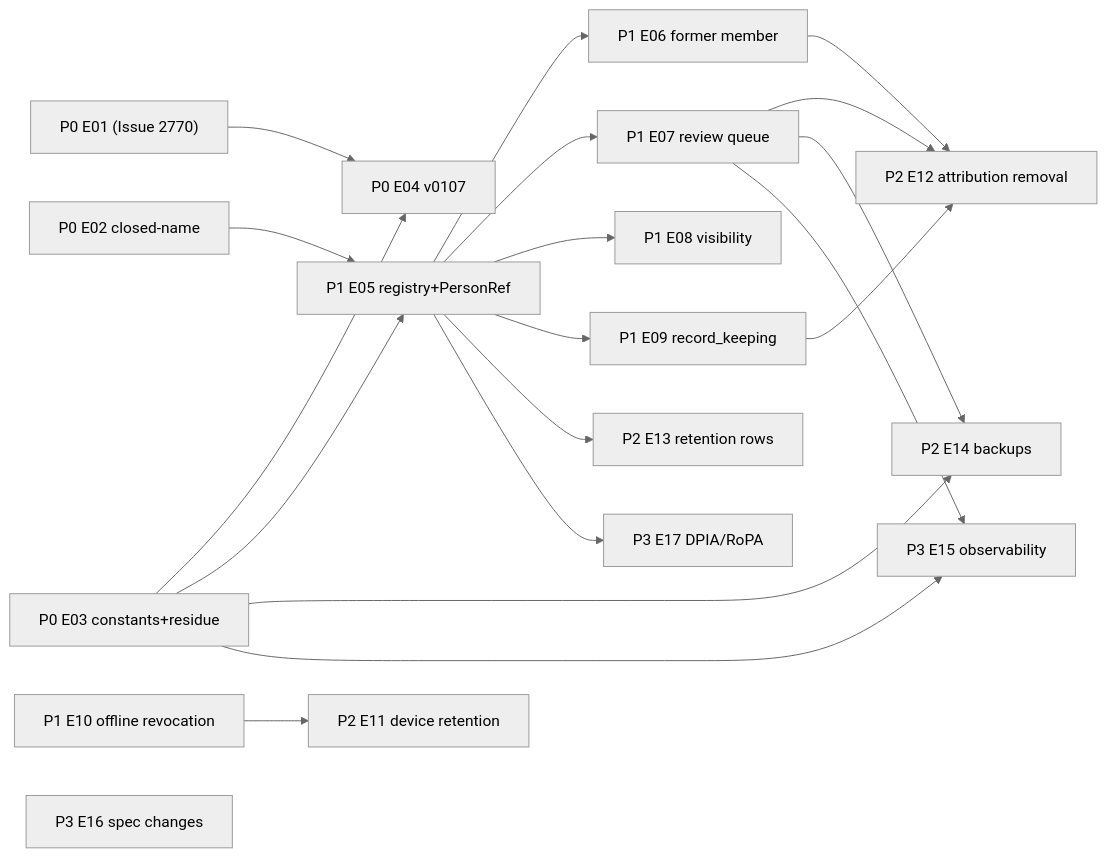
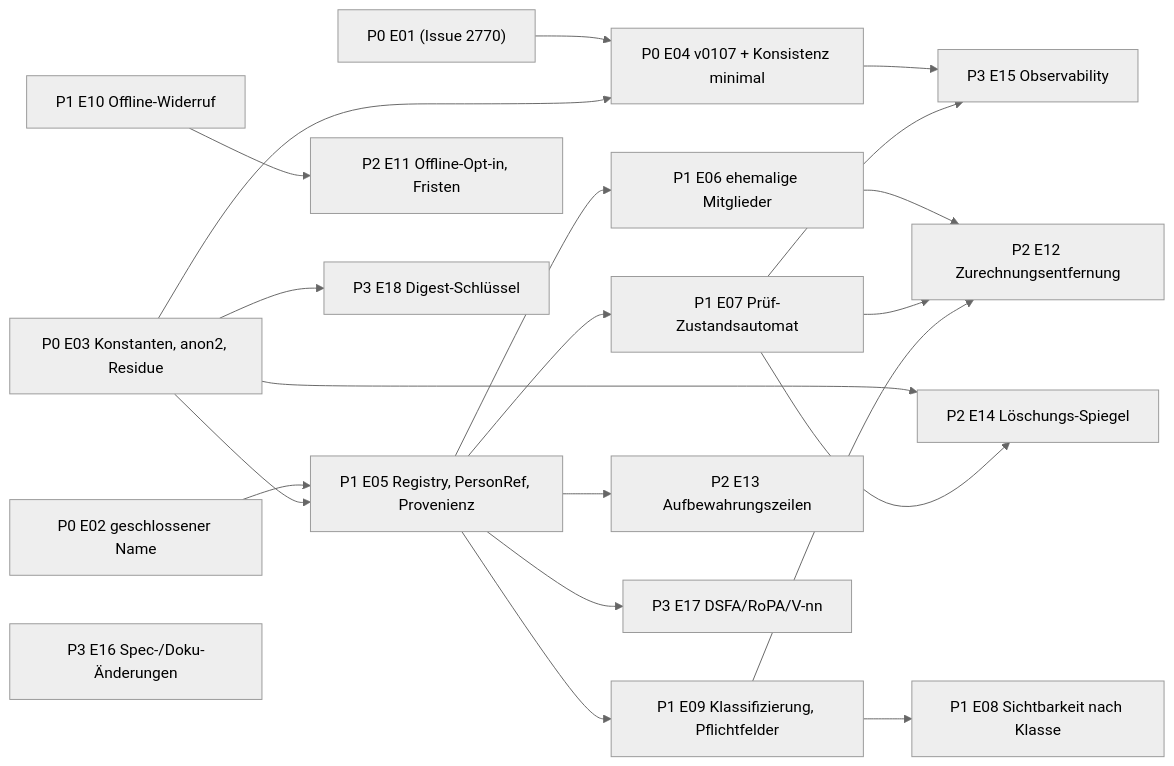
Before and after one commit to nolte/kamerplanter: the diagram in spec/privacy/12-implementation-roadmap.md, drawn with Mermaid (neutral theme). The commit also changed other lines of this file and 16 other files, not shown here.

````diff
--- a/spec/privacy/12-implementation-roadmap.md
+++ b/spec/privacy/12-implementation-roadmap.md
@@ -292,22 +147,23 @@
 ```mermaid
 flowchart LR
-    E01["P0 E01 (Issue 2770)"] --> E04["P0 E04 v0107"]
-    E03["P0 E03 constants+residue"] --> E04
-    E02["P0 E02 closed-name"] --> E05
-    E03 --> E05["P1 E05 registry+PersonRef"]
-    E05 --> E06["P1 E06 former member"]
-    E05 --> E07["P1 E07 review queue"]
-    E05 --> E08["P1 E08 visibility"]
-    E05 --> E09["P1 E09 record_keeping"]
-    E10["P1 E10 offline revocation"] --> E11["P2 E11 device retention"]
-    E06 --> E12["P2 E12 attribution removal"]
+    E01["P0 E01 (Issue 2770)"] --> E04["P0 E04 v0107 + Konsistenz minimal"]
+    E03["P0 E03 Konstanten, anon2, Residue"] --> E04
+    E02["P0 E02 geschlossener Name"] --> E05
+    E03 --> E05["P1 E05 Registry, PersonRef, Provenienz"]
+    E05 --> E06["P1 E06 ehemalige Mitglieder"]
+    E05 --> E07["P1 E07 Prüf-Zustandsautomat"]
+    E05 --> E09["P1 E09 Klassifizierung, Pflichtfelder"]
+    E09 --> E08["P1 E08 Sichtbarkeit nach Klasse"]
+    E10["P1 E10 Offline-Widerruf"] --> E11["P2 E11 Offline-Opt-in, Fristen"]
+    E06 --> E12["P2 E12 Zurechnungsentfernung"]
     E07 --> E12
     E09 --> E12
-    E05 --> E13["P2 E13 retention rows"]
-    E03 --> E14["P2 E14 backups"]
+    E05 --> E13["P2 E13 Aufbewahrungszeilen"]
+    E03 --> E14["P2 E14 Löschungs-Spiegel"]
     E07 --> E14
-    E03 --> E15["P3 E15 observability"]
+    E04 --> E15["P3 E15 Observability"]
     E07 --> E15
-    E05 --> E17["P3 E17 DPIA/RoPA"]
-    E16["P3 E16 spec changes"]
+    E05 --> E17["P3 E17 DSFA/RoPA/V-nn"]
+    E03 --> E18["P3 E18 Digest-Schlüssel"]
+    E16["P3 E16 Spec-/Doku-Änderungen"]
 ```
````
